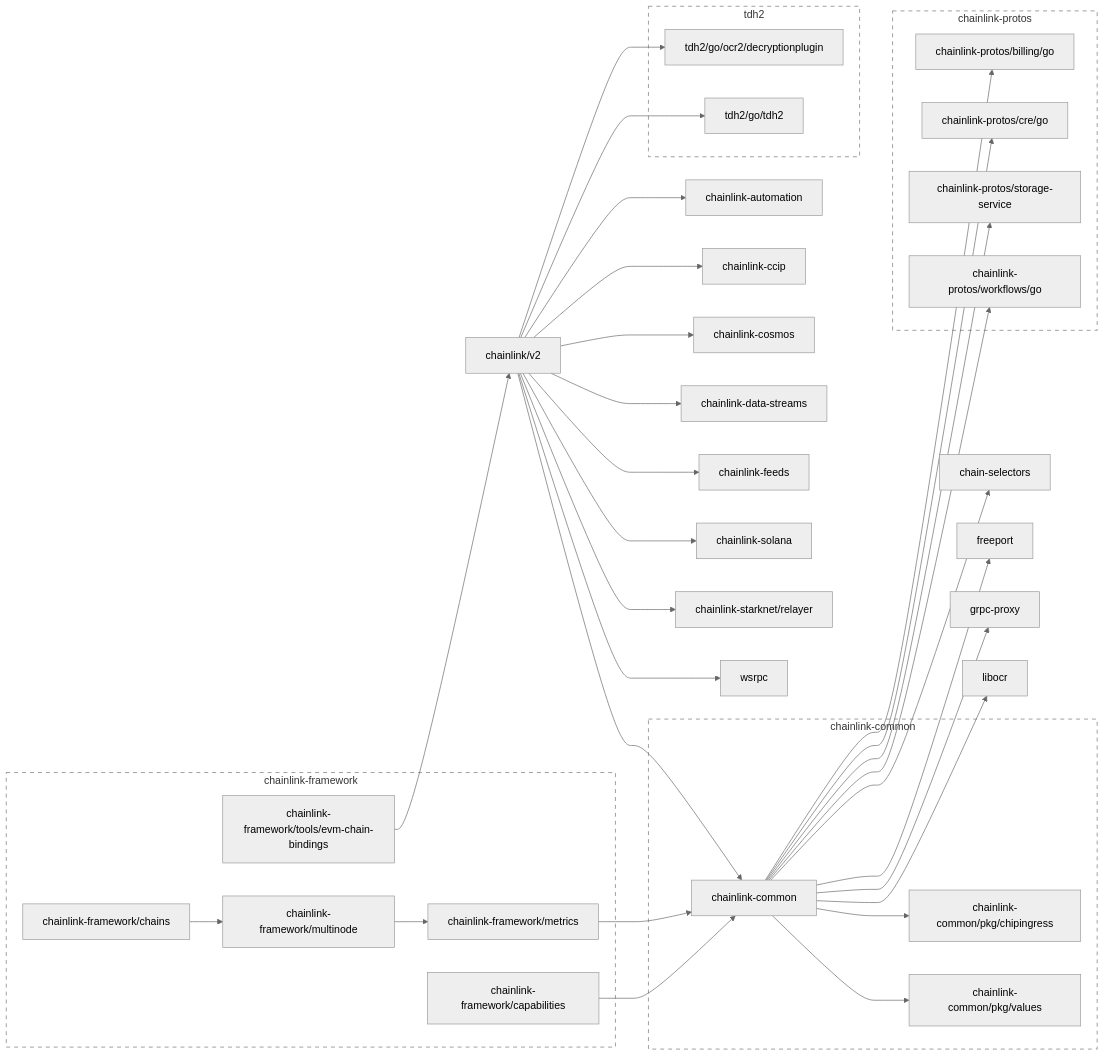
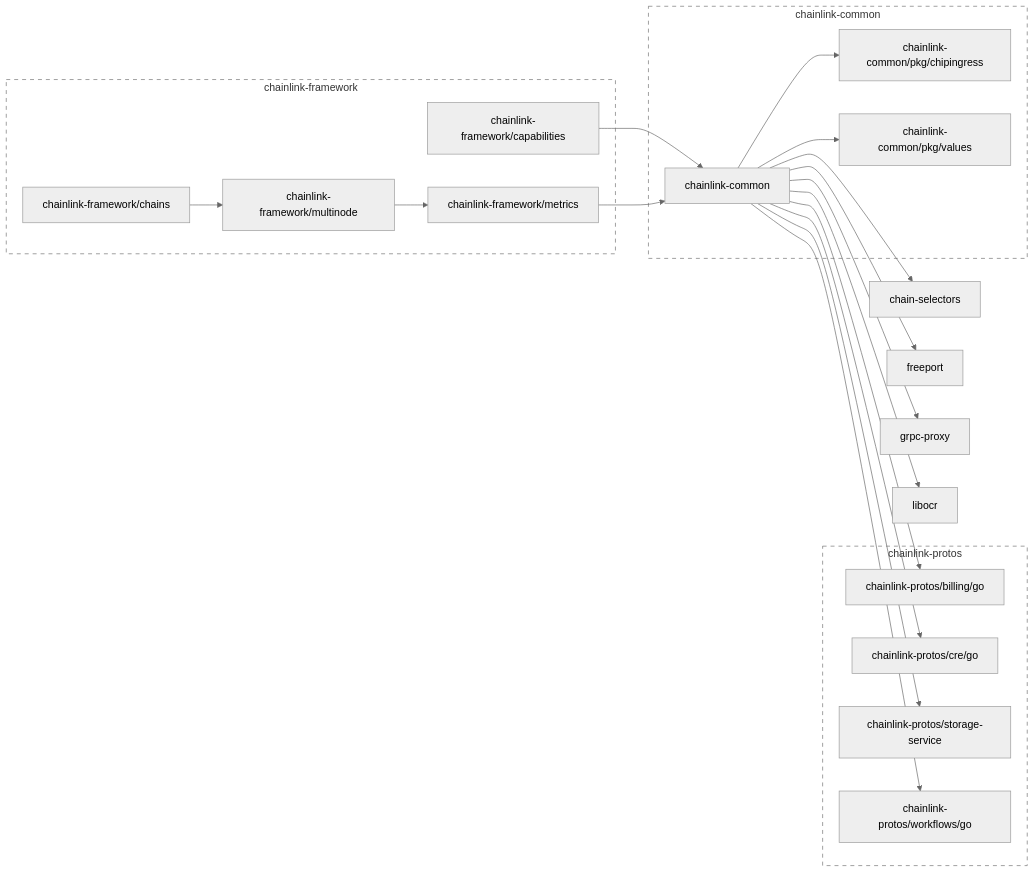
One commit to smartcontractkit/chainlink-framework changed the diagram in go.md. Above: the diagram before and after it, drawn with Mermaid (neutral theme).

````diff
--- a/go.md
+++ b/go.md
@@ -5,10 +5,6 @@
 
 	chain-selectors
 	click chain-selectors href "https://github.com/smartcontractkit/chain-selectors"
-	chainlink-automation
-	click chainlink-automation href "https://github.com/smartcontractkit/chainlink-automation"
-	chainlink-ccip
-	click chainlink-ccip href "https://github.com/smartcontractkit/chainlink-ccip"
 	chainlink-common --> chain-selectors
 	chainlink-common --> chainlink-common/pkg/chipingress
 	chainlink-common --> chainlink-common/pkg/values
@@ -24,12 +20,6 @@
 	click chainlink-common/pkg/chipingress href "https://github.com/smartcontractkit/chainlink-common"
 	chainlink-common/pkg/values
 	click chainlink-common/pkg/values href "https://github.com/smartcontractkit/chainlink-common"
-	chainlink-cosmos
-	click chainlink-cosmos href "https://github.com/smartcontractkit/chainlink-cosmos"
-	chainlink-data-streams
-	click chainlink-data-streams href "https://github.com/smartcontractkit/chainlink-data-streams"
-	chainlink-feeds
-	click chainlink-feeds href "https://github.com/smartcontractkit/chainlink-feeds"
 	chainlink-framework/capabilities --> chainlink-common
 	click chainlink-framework/capabilities href "https://github.com/smartcontractkit/chainlink-framework"
 	chainlink-framework/chains --> chainlink-framework/multinode
@@ -38,8 +28,6 @@
 	click chainlink-framework/metrics href "https://github.com/smartcontractkit/chainlink-framework"
 	chainlink-framework/multinode --> chainlink-framework/metrics
 	click chainlink-framework/multinode href "https://github.com/smartcontractkit/chainlink-framework"
-	chainlink-framework/tools/evm-chain-bindings --> chainlink/v2
-	click chainlink-framework/tools/evm-chain-bindings href "https://github.com/smartcontractkit/chainlink-framework"
 	chainlink-protos/billing/go
 	click chainlink-protos/billing/go href "https://github.com/smartcontractkit/chainlink-protos"
 	chainlink-protos/cre/go
@@ -48,34 +36,12 @@
 	click chainlink-protos/storage-service href "https://github.com/smartcontractkit/chainlink-protos"
 	chainlink-protos/workflows/go
 	click chainlink-protos/workflows/go href "https://github.com/smartcontractkit/chainlink-protos"
-	chainlink-solana
-	click chainlink-solana href "https://github.com/smartcontractkit/chainlink-solana"
-	chainlink-starknet/relayer
-	click chainlink-starknet/relayer href "https://github.com/smartcontractkit/chainlink-starknet"
-	chainlink/v2 --> chainlink-automation
-	chainlink/v2 --> chainlink-ccip
-	chainlink/v2 --> chainlink-common
-	chainlink/v2 --> chainlink-cosmos
-	chainlink/v2 --> chainlink-data-streams
-	chainlink/v2 --> chainlink-feeds
-	chainlink/v2 --> chainlink-solana
-	chainlink/v2 --> chainlink-starknet/relayer
-	chainlink/v2 --> tdh2/go/ocr2/decryptionplugin
-	chainlink/v2 --> tdh2/go/tdh2
-	chainlink/v2 --> wsrpc
-	click chainlink/v2 href "https://github.com/smartcontractkit/chainlink"
 	freeport
 	click freeport href "https://github.com/smartcontractkit/freeport"
 	grpc-proxy
 	click grpc-proxy href "https://github.com/smartcontractkit/grpc-proxy"
 	libocr
 	click libocr href "https://github.com/smartcontractkit/libocr"
-	tdh2/go/ocr2/decryptionplugin
-	click tdh2/go/ocr2/decryptionplugin href "https://github.com/smartcontractkit/tdh2"
-	tdh2/go/tdh2
-	click tdh2/go/tdh2 href "https://github.com/smartcontractkit/tdh2"
-	wsrpc
-	click wsrpc href "https://github.com/smartcontractkit/wsrpc"
 
 	subgraph chainlink-common-repo[chainlink-common]
 		 chainlink-common
@@ -89,7 +55,6 @@
 		 chainlink-framework/chains
 		 chainlink-framework/metrics
 		 chainlink-framework/multinode
-		 chainlink-framework/tools/evm-chain-bindings
 	end
 	click chainlink-framework-repo href "https://github.com/smartcontractkit/chainlink-framework"
 
@@ -101,12 +66,6 @@
 	end
 	click chainlink-protos-repo href "https://github.com/smartcontractkit/chainlink-protos"
 
-	subgraph tdh2-repo[tdh2]
-		 tdh2/go/ocr2/decryptionplugin
-		 tdh2/go/tdh2
-	end
-	click tdh2-repo href "https://github.com/smartcontractkit/tdh2"
-
 	classDef outline stroke-dasharray:6,fill:none;
-	class chainlink-common-repo,chainlink-framework-repo,chainlink-protos-repo,tdh2-repo outline
+	class chainlink-common-repo,chainlink-framework-repo,chainlink-protos-repo outline
 ```
````
